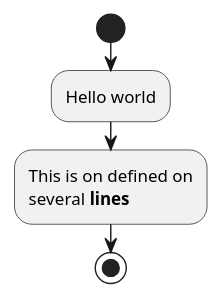
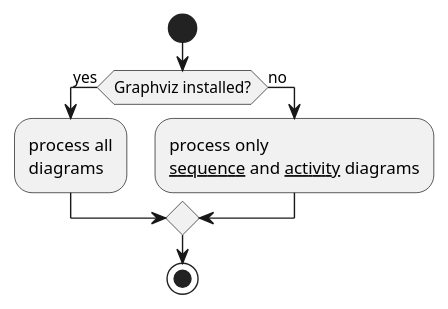
The diagram in test.md (Aso2001171/2021sys-design), drawn with PlantUML before and after one commit.

```diff
--- a/test.md
+++ b/test.md
@@ -2,7 +2,13 @@
 @startuml
+
 start
-:Hello world;
-:This is on defined on
-several **lines**;
+
+if (Graphviz installed?) then (yes)
+  :process all\ndiagrams;
+else (no)
+  :process only
+  __sequence__ and __activity__ diagrams;
+endif
+
 stop
 @enduml
```
